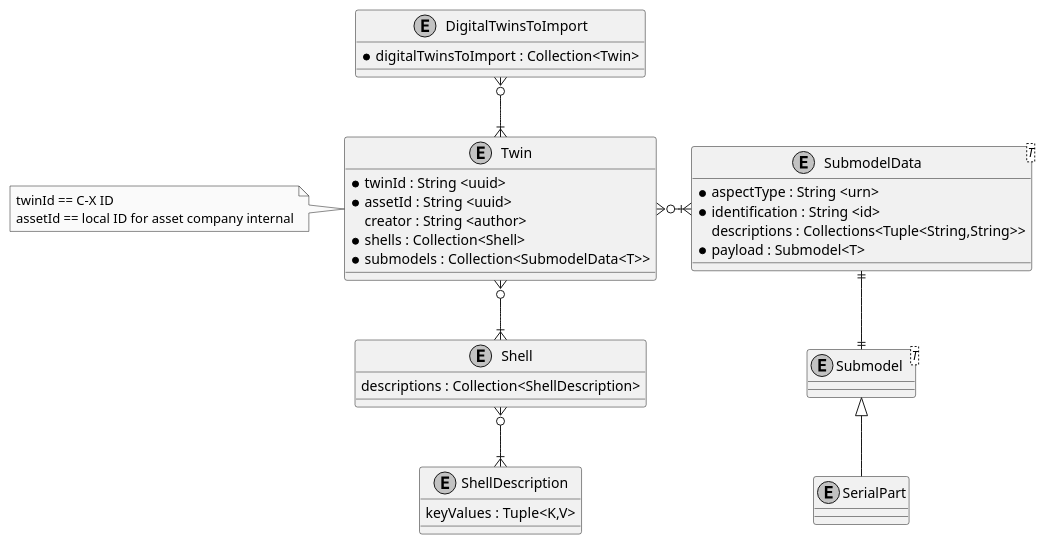
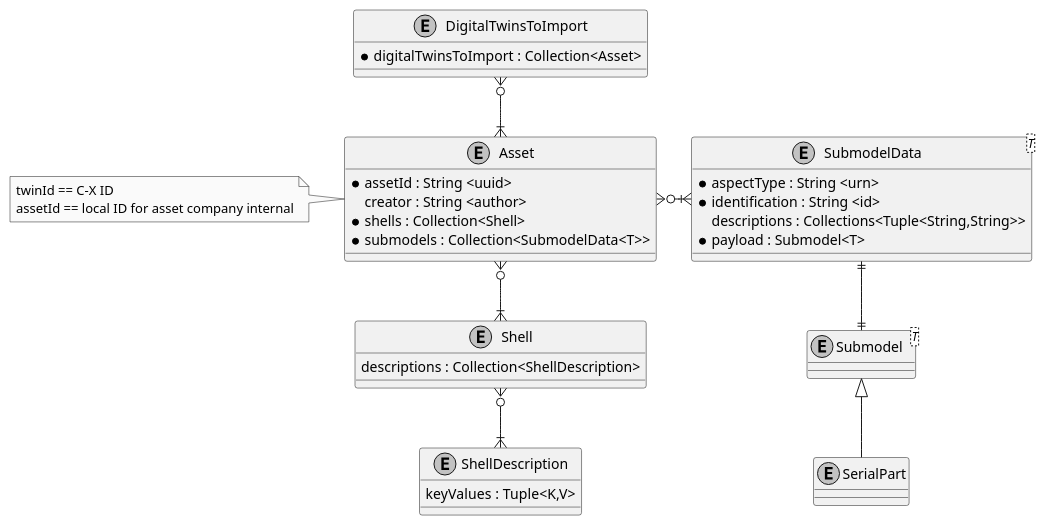
Before and after one commit to eclipse-tractusx/traceability-foss: the diagram in docs/src/docs/concepts/[TRACEFOSS-1019]-data-import-interface/tracex-twin-import-format.puml, drawn with PlantUML.

Commit message:
fix(uml):[TRACEFOSS-1019] rename twin to asset

```diff
--- a/docs/src/docs/concepts/[TRACEFOSS-1019]-data-import-interface/tracex-twin-import-format.puml
+++ b/docs/src/docs/concepts/[TRACEFOSS-1019]-data-import-interface/tracex-twin-import-format.puml
@@ -1,47 +1,46 @@
 @startuml
 skinparam monochrome true
 skinparam shadowing false
 skinparam linetype ortho
 skinparam defaultFontName "Architects daughter"
 
 
 entity DigitalTwinsToImport {
-    * digitalTwinsToImport : Collection<Twin>
+    * digitalTwinsToImport : Collection<Asset>
 }
-entity Twin {
-    * twinId : String <uuid>
+entity Asset {
     * assetId : String <uuid>
     creator : String <author>
     * shells : Collection<Shell>
     * submodels : Collection<SubmodelData<T>>
 }
  note left
     twinId == C-X ID
     assetId == local ID for asset company internal
  end note
 
 entity Shell {
     descriptions : Collection<ShellDescription>
 }
 entity ShellDescription {
     keyValues : Tuple<K,V>
 }
 entity SubmodelData<T> {
     * aspectType : String <urn>
     * identification : String <id>
     descriptions : Collections<Tuple<String,String>>
     * payload : Submodel<T>
 }
 
 entity  Submodel<T>
 
 entity SerialPart
 
-DigitalTwinsToImport }o--|{ Twin
-Twin  }o--|{ Shell
+DigitalTwinsToImport }o--|{ Asset
+Asset  }o--|{ Shell
 Shell }o--|{  ShellDescription
-Twin }o-|{ SubmodelData
+Asset }o-|{ SubmodelData
 SubmodelData ||--|| Submodel
 Submodel <|-- SerialPart
 
 @enduml
```
